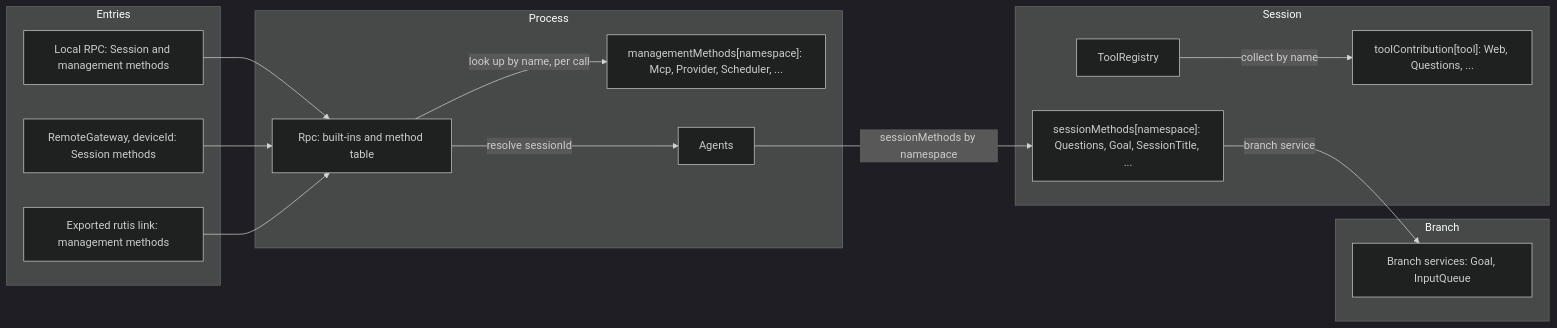
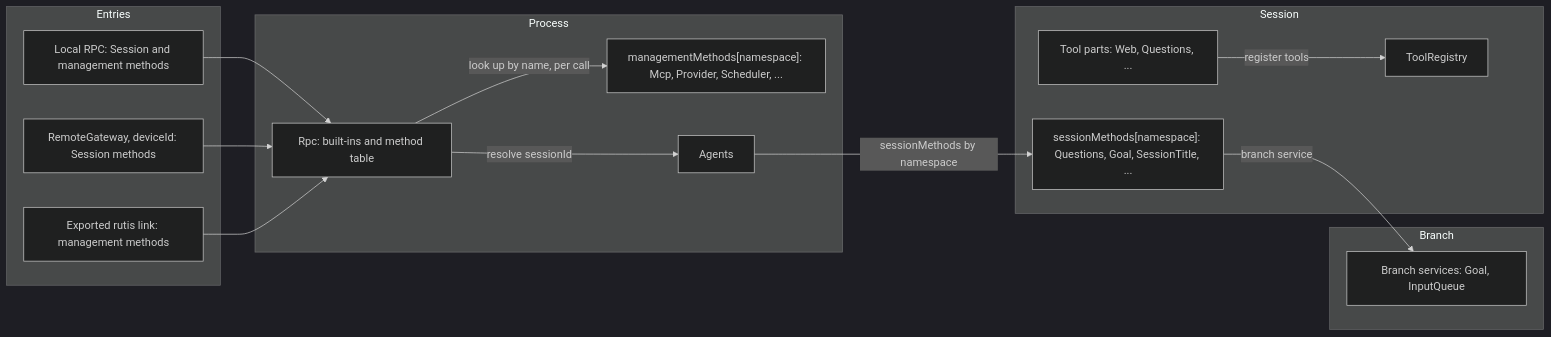
Before and after one commit to CoutinhoTTS/dim-agent: the first of 3 diagrams in docs/design/contracts/session-boundary.md, drawn with Mermaid (dark theme). The commit also changed other lines of this file and 101 other files, not shown here.

First line of the commit message:
Tools, tool sources and prompt sources register with their owner (R6)

````diff
--- a/docs/design/contracts/session-boundary.md
+++ b/docs/design/contracts/session-boundary.md
@@ -21,29 +21,29 @@
 ```mermaid
 flowchart LR
   subgraph ENT["Entries"]
     Local["Local RPC: Session and management methods"]
     Remote["RemoteGateway, deviceId: Session methods"]
     Link["Exported rutis link: management methods"]
   end
   subgraph PROC["Process"]
     Rpc["Rpc: built-ins and method table"]
     MM["managementMethods[namespace]: Mcp, Provider, Scheduler, ..."]
     AI["Agents"]
   end
   subgraph SES["Session"]
     SM["sessionMethods[namespace]: Questions, Goal, SessionTitle, ..."]
     TR["ToolRegistry"]
-    TC2["toolContribution[tool]: Web, Questions, ..."]
+    TC2["Tool parts: Web, Questions, ..."]
   end
   subgraph BR["Branch"]
     BS["Branch services: Goal, InputQueue"]
   end
   Local --> Rpc
   Remote --> Rpc
   Link --> Rpc
   Rpc -->|"look up by name, per call"| MM
   Rpc -->|"resolve sessionId"| AI
   AI -->|"sessionMethods by namespace"| SM
   SM -->|"branch service"| BS
-  TR -->|"collect by name"| TC2
+  TC2 -->|"register tools"| TR
 ```
````
